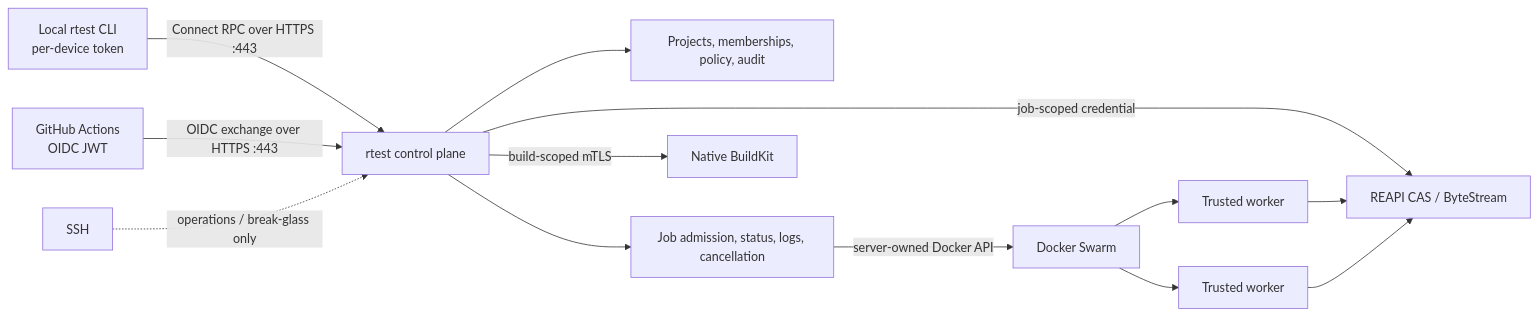
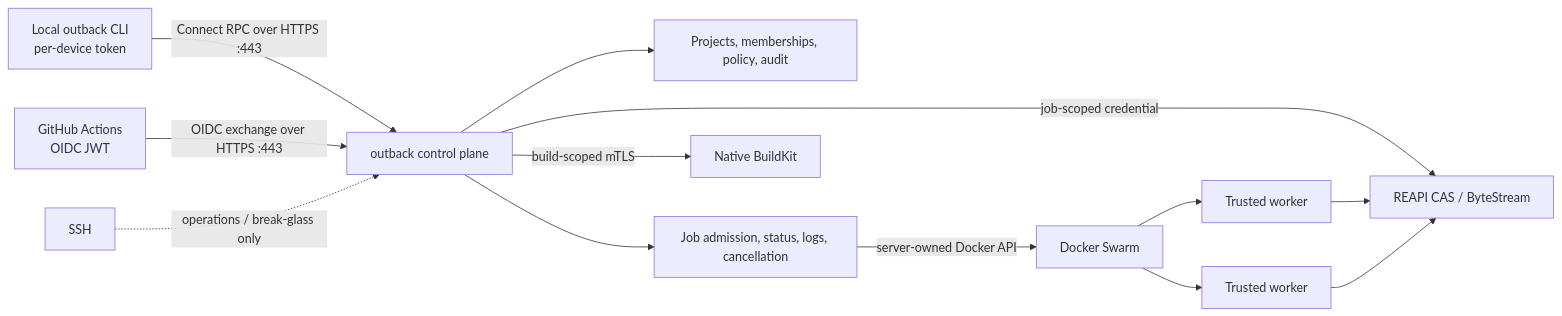
The diagram in docs/architecture.md (flidai/autback), drawn with Mermaid before and after one commit. The commit also changed other lines of this file and 131 other files, not shown here.

````diff
--- a/docs/architecture.md
+++ b/docs/architecture.md
@@ -39,15 +39,15 @@
 ```mermaid
 flowchart LR
-    L["Local rtest CLI\nper-device token"] -->|"Connect RPC over HTTPS :443"| C["rtest control plane"]
+    L["Local outback CLI\nper-device token"] -->|"Connect RPC over HTTPS :443"| C["outback control plane"]
     G["GitHub Actions\nOIDC JWT"] -->|"OIDC exchange over HTTPS :443"| C
     C --> A["Projects, memberships, policy, audit"]
     C --> J["Job admission, status, logs, cancellation"]
     C -->|"job-scoped credential"| CAS["REAPI CAS / ByteStream"]
     C -->|"build-scoped mTLS"| BK["Native BuildKit"]
     J -->|"server-owned Docker API"| S["Docker Swarm"]
     S --> W1["Trusted worker"]
     S --> W2["Trusted worker"]
     W1 --> CAS
     W2 --> CAS
     SSH["SSH"] -. "operations / break-glass only" .-> C
 ```
````
